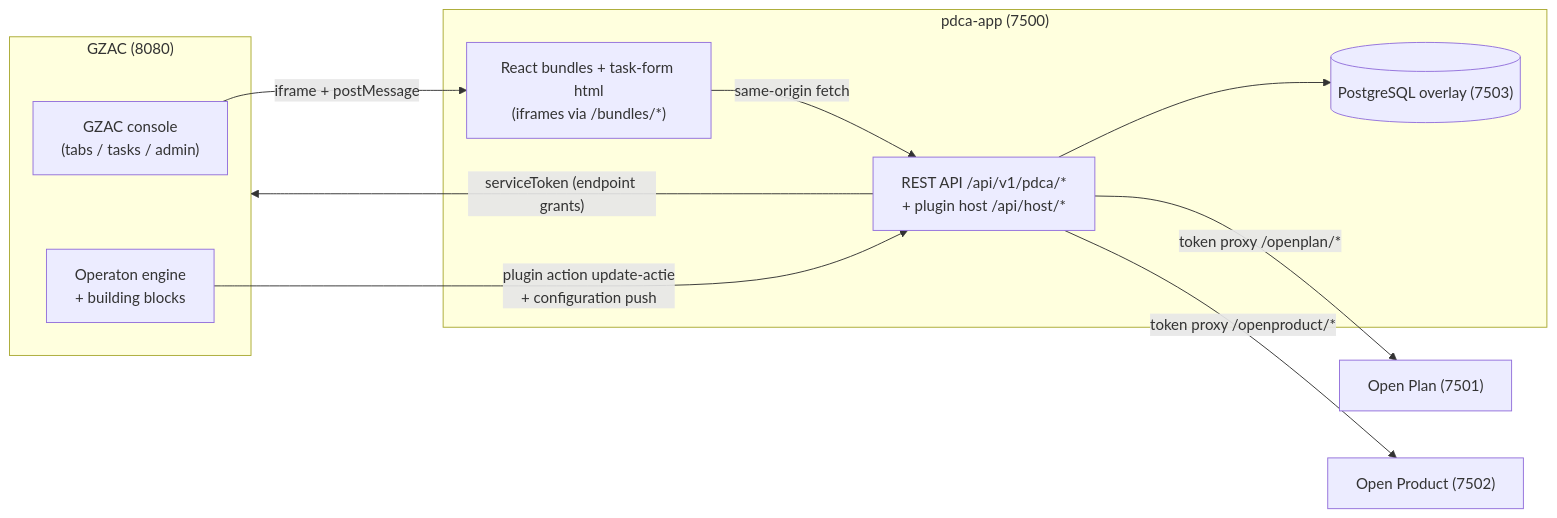
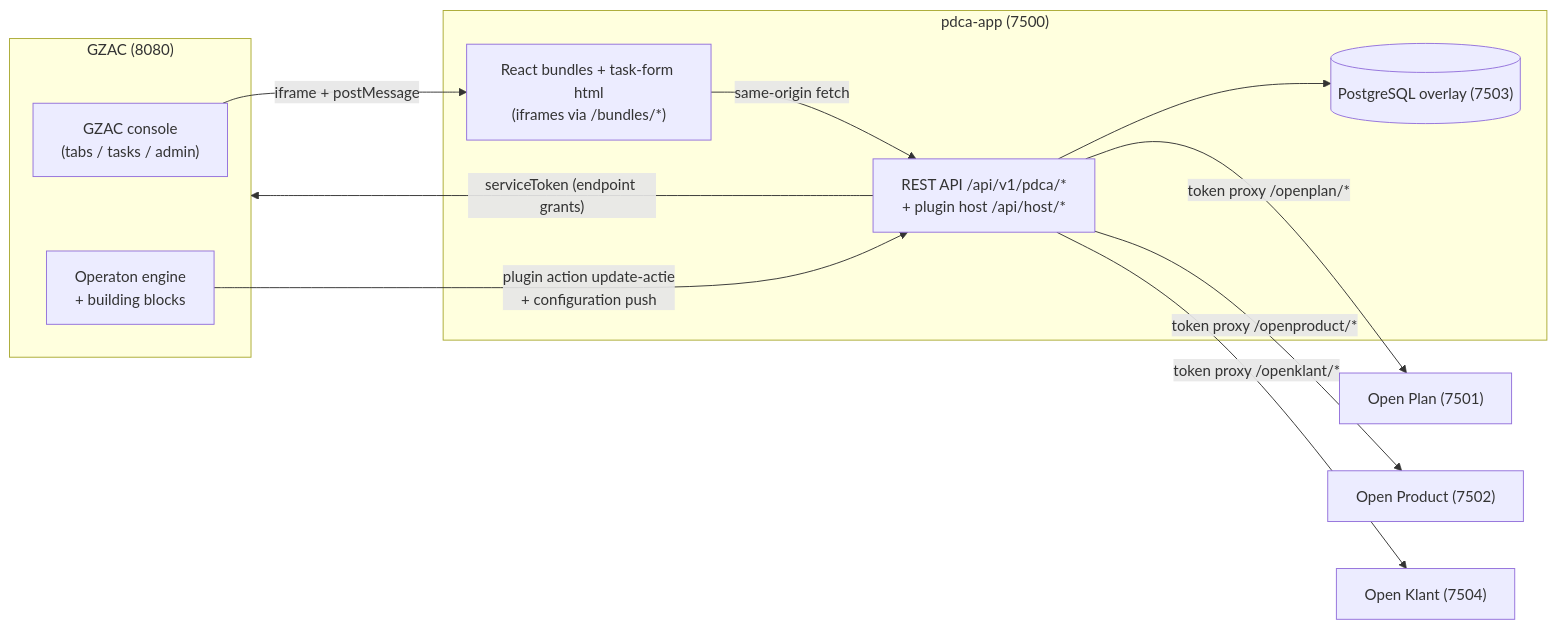
One commit to ritense/pdca-service changed the diagram in ARCHITECTURE.md. Above: the diagram before and after it, drawn with Mermaid. The commit also changed other lines of this file and 44 other files, not shown here.

First line of the commit message:
Record contactmomenten in Open Klant and sync evaluations through the backend

````diff
--- a/ARCHITECTURE.md
+++ b/ARCHITECTURE.md
@@ -28,22 +30,24 @@
 ```mermaid
 flowchart LR
     subgraph GZAC["GZAC (8080)"]
         UI["GZAC console<br/>(tabs / tasks / admin)"]
         ENGINE["Operaton engine<br/>+ building blocks"]
     end
     subgraph APP["pdca-app (7500)"]
         FE["React bundles + task-form html<br/>(iframes via /bundles/*)"]
         API["REST API /api/v1/pdca/*<br/>+ plugin host /api/host/*"]
         DB[("PostgreSQL overlay (7503)")]
     end
     OP["Open Plan (7501)"]
     OPR["Open Product (7502)"]
+    OK["Open Klant (7504)"]
 
     UI -- "iframe + postMessage" --> FE
     FE -- "same-origin fetch" --> API
     API --> DB
     API -- "token proxy /openplan/*" --> OP
     API -- "token proxy /openproduct/*" --> OPR
+    API -- "token proxy /openklant/*" --> OK
     API -- "serviceToken (endpoint grants)" --> GZAC
     ENGINE -- "plugin action update-actie<br/>+ configuration push" --> API
 ```
````
